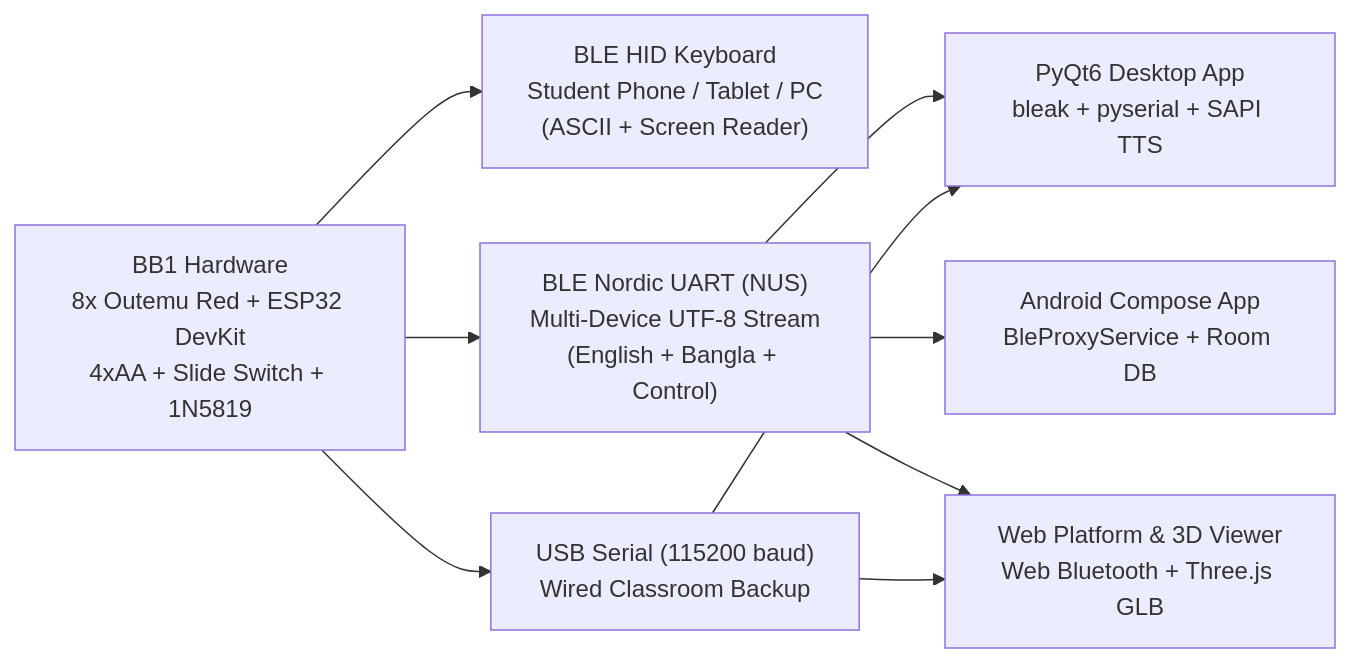
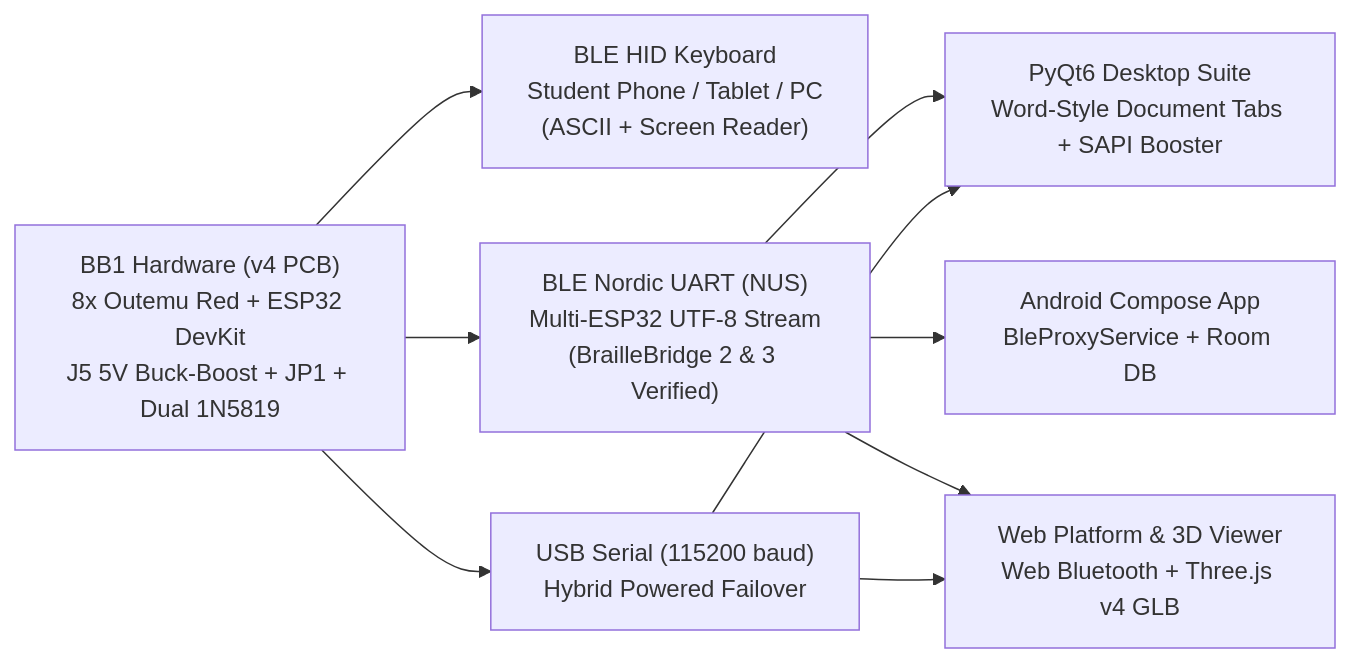
Before and after one commit to Solez-ai/mintlify-docs: the diagram in index.mdx, drawn with Mermaid. The commit also changed other lines of this file and 12 other files, not shown here.

Commit message:
Upgrade all Mintlify pages from v2 PCB/legacy UI to v4 Buck-Boost PCB, Word-style UI, and multi-ESP32 verification

````diff
--- a/index.mdx
+++ b/index.mdx
@@ -30,19 +34,19 @@
 ```mermaid
 flowchart LR
-    HW["BB1 Hardware<br/>8x Outemu Red + ESP32 DevKit<br/>4xAA + Slide Switch + 1N5819"]
+    HW["BB1 Hardware (v4 PCB)<br/>8x Outemu Red + ESP32 DevKit<br/>J5 5V Buck-Boost + JP1 + Dual 1N5819"]
     HID["BLE HID Keyboard<br/>Student Phone / Tablet / PC<br/>(ASCII + Screen Reader)"]
-    NUS["BLE Nordic UART (NUS)<br/>Multi-Device UTF-8 Stream<br/>(English + Bangla + Control)"]
-    USB["USB Serial (115200 baud)<br/>Wired Classroom Backup"]
-    DT["PyQt6 Desktop App<br/>bleak + pyserial + SAPI TTS"]
+    NUS["BLE Nordic UART (NUS)<br/>Multi-ESP32 UTF-8 Stream<br/>(BrailleBridge 2 & 3 Verified)"]
+    USB["USB Serial (115200 baud)<br/>Hybrid Powered Failover"]
+    DT["PyQt6 Desktop Suite<br/>Word-Style Document Tabs + SAPI Booster"]
     AND["Android Compose App<br/>BleProxyService + Room DB"]
-    WEB["Web Platform & 3D Viewer<br/>Web Bluetooth + Three.js GLB"]
+    WEB["Web Platform & 3D Viewer<br/>Web Bluetooth + Three.js v4 GLB"]
 
     HW --> HID
     HW --> NUS
     HW --> USB
     NUS --> DT
     NUS --> AND
     NUS --> WEB
     USB --> DT
     USB --> WEB
 ```
````
